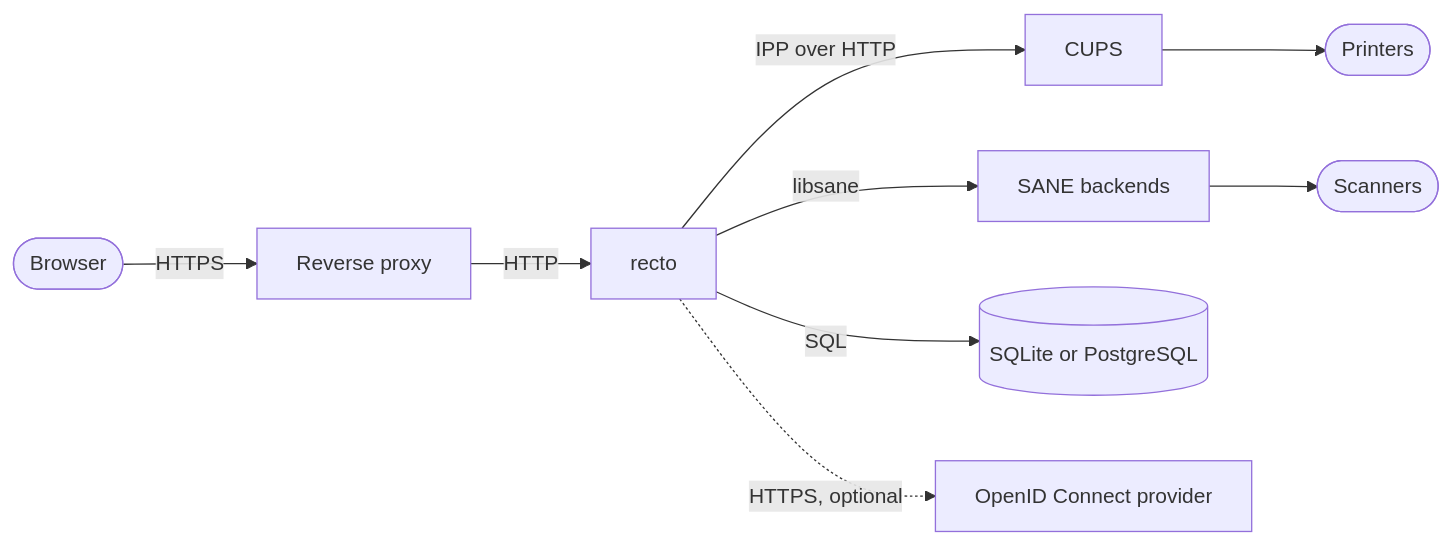
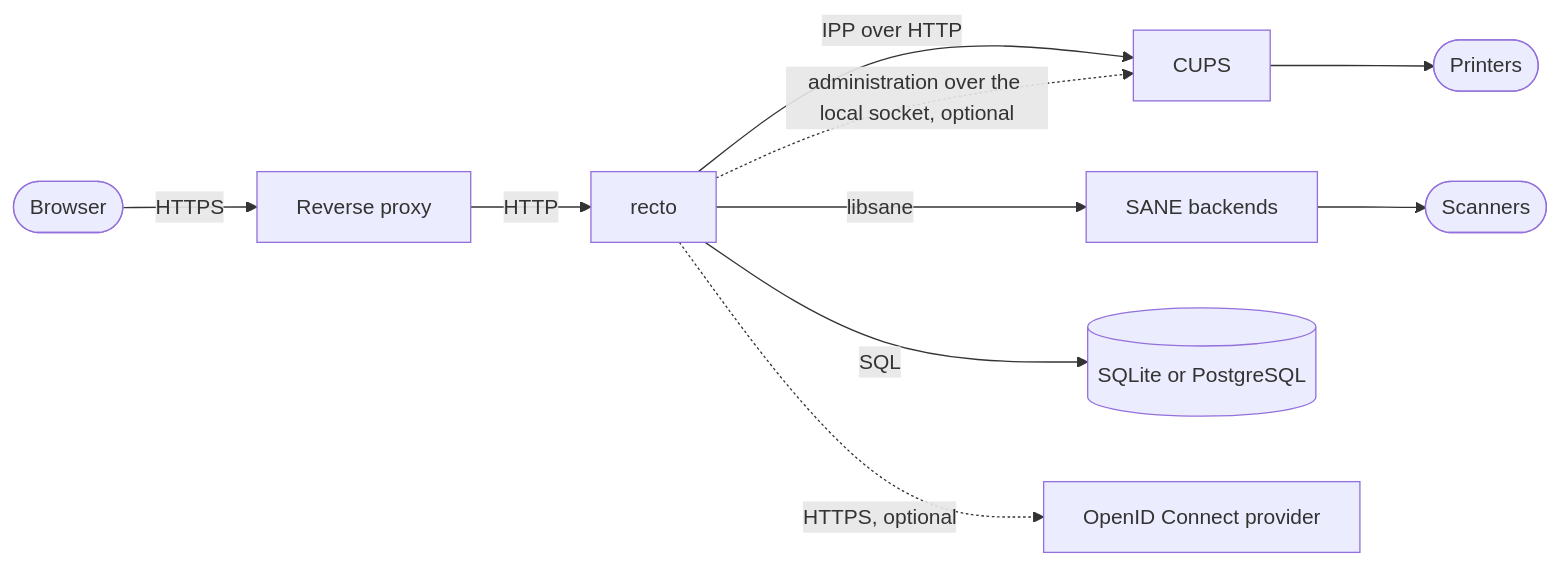
Before and after one commit to AlixANNERAUD/recto: the diagram in docs/src/explanation/architecture.md, drawn with Mermaid. The commit also changed other lines of this file and 8 other files, not shown here.

````diff
--- a/docs/src/explanation/architecture.md
+++ b/docs/src/explanation/architecture.md
@@ -7,9 +7,10 @@
 ```mermaid
 flowchart LR
     browser([Browser]) -- HTTPS --> proxy[Reverse proxy]
     proxy -- HTTP --> recto[recto]
     recto -- IPP over HTTP --> cups[CUPS] --> printers([Printers])
+    recto -. administration over the local socket, optional .-> cups
     recto -- libsane --> sane[SANE backends] --> scanners([Scanners])
     recto -- SQL --> database[(SQLite or PostgreSQL)]
     recto -. HTTPS, optional .-> provider[OpenID Connect provider]
 ```
````
